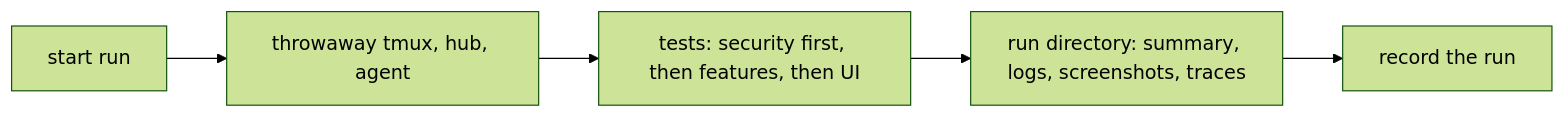
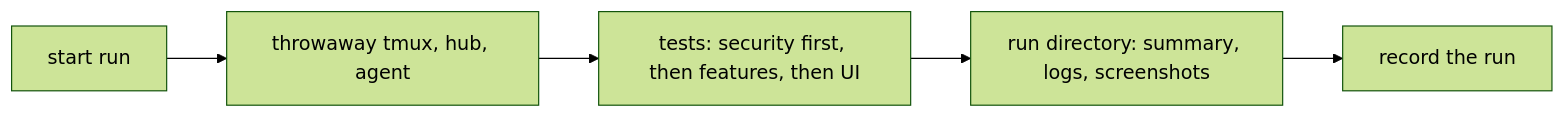
One commit to notmarkopadjen/muxway-midp changed the first of 3 diagrams in docs/testing.md. Above: the diagram before and after it, drawn with Mermaid (forest theme). The commit also changed other lines of this file and 3 other files, not shown here.

````diff
--- a/docs/testing.md
+++ b/docs/testing.md
@@ -16,7 +16,7 @@
 ```mermaid
 flowchart LR
     S[start run] --> E[throwaway tmux, hub, agent]
     E --> T[tests: security first, then features, then UI]
-    T --> D[run directory: summary, logs, screenshots, traces]
+    T --> D[run directory: summary, logs, screenshots]
     D --> R[record the run]
 ```
````
